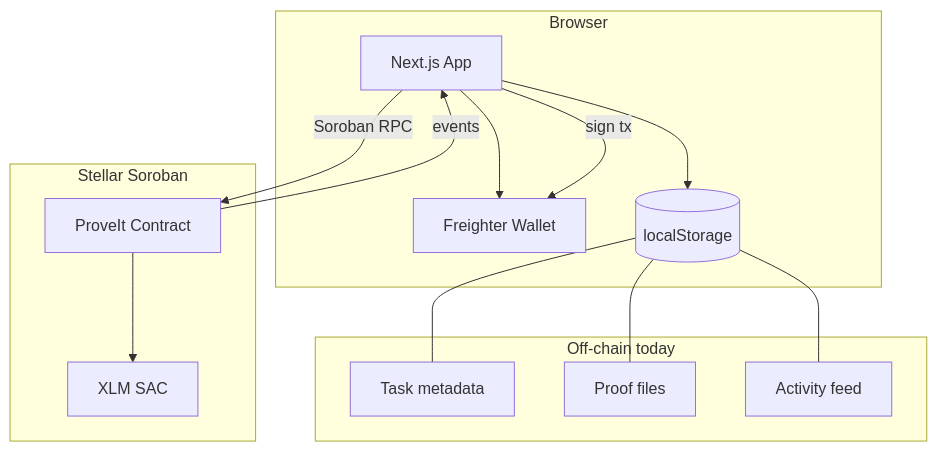
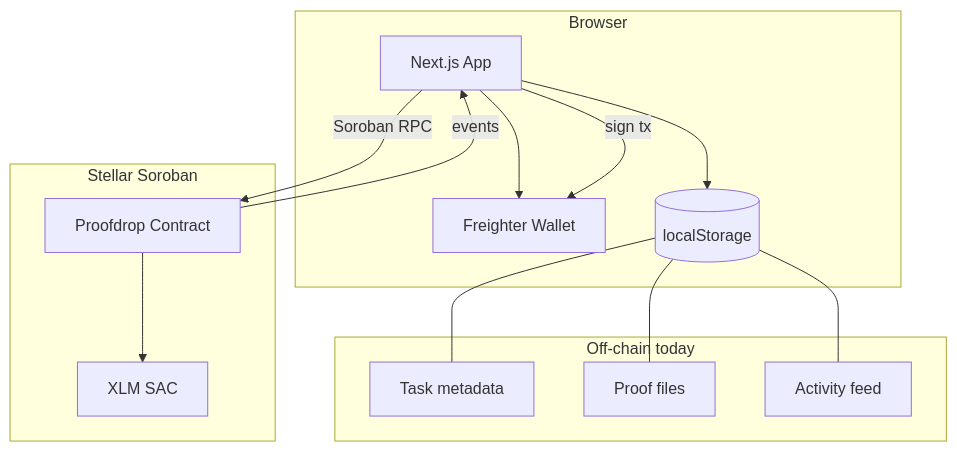
Before and after one commit to MisbahAnsar/stellar-proofdrop: the diagram in README.md, drawn with Mermaid. The commit also changed other lines of this file and 28 other files, not shown here.

Commit message:
feat: rebrand to Proofdrop, deploy testnet contract, and add submission docs

````diff
--- a/README.md
+++ b/README.md
@@ -97,29 +101,29 @@
 ```mermaid
 flowchart TB
   subgraph client [Browser]
     UI[Next.js App]
     Wallet[Freighter Wallet]
     LS[(localStorage)]
     UI --> Wallet
     UI --> LS
   end
 
   subgraph offchain [Off-chain today]
     Meta[Task metadata]
     Proof[Proof files]
     Activity[Activity feed]
     LS --- Meta
     LS --- Proof
     LS --- Activity
   end
 
   subgraph chain [Stellar Soroban]
-    Contract[ProveIt Contract]
+    Contract[Proofdrop Contract]
     SAC[XLM SAC]
     Contract --> SAC
   end
 
   UI -->|sign tx| Wallet
   UI -->|Soroban RPC| Contract
   Contract -->|events| UI
 ```
````
